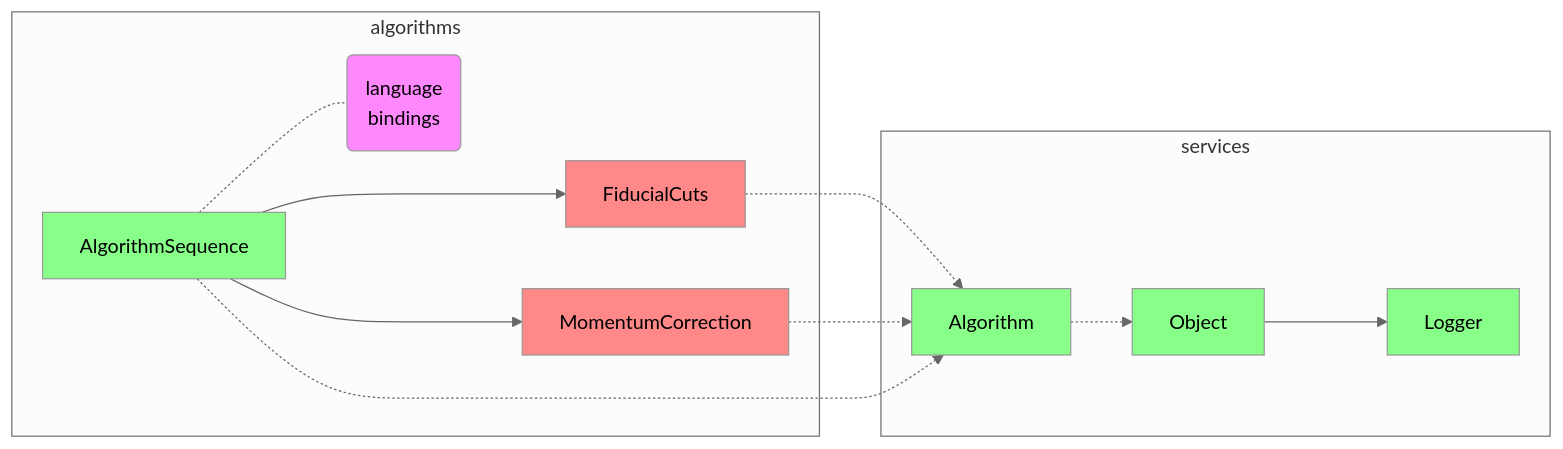
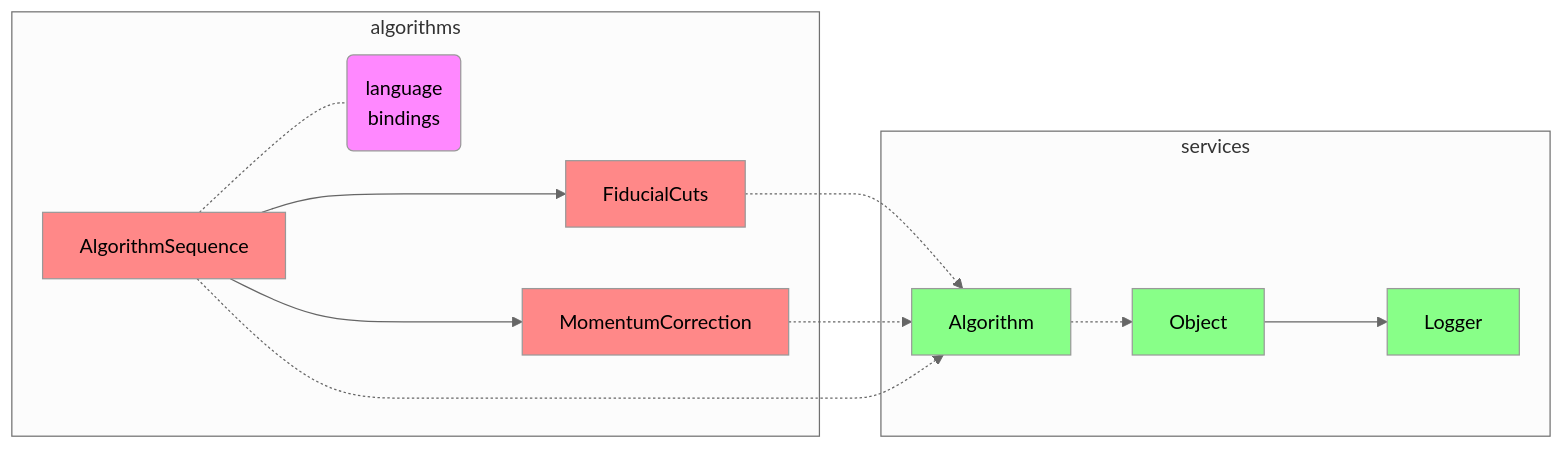
The first of 3 diagrams in doc/design.md (JeffersonLab/iguana), drawn with Mermaid (neutral theme) before and after one commit.

````diff
--- a/doc/design.md
+++ b/doc/design.md
@@ -7,31 +7,31 @@
 ```mermaid
 flowchart LR
     classDef cls fill:#88ff88,color:black
     classDef algo fill:#ff8888,color:black
     classDef other fill:#ff88ff,color:black
 
     subgraph services
         Algorithm:::cls
         Logger:::cls
         Object:::cls
     end
 
     subgraph algorithms
         FiducialCuts:::algo
         MomentumCorrection:::algo
-        AlgorithmSequence:::cls
+        AlgorithmSequence:::algo
         bindings(language<br />bindings):::other
     end
 
     FiducialCuts       -.-> Algorithm
     MomentumCorrection -.-> Algorithm
     AlgorithmSequence  -.-> Algorithm
     Algorithm          -.-> Object
 
     Object            ---> Logger
     AlgorithmSequence ---> MomentumCorrection
     AlgorithmSequence ---> FiducialCuts
 
     AlgorithmSequence -.-  bindings
 
 ```
````
